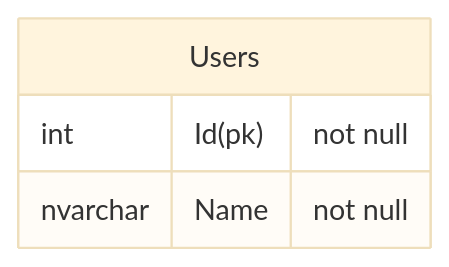
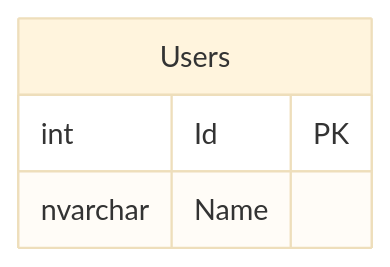
The diagram in src/SqlServerToMermaidTool.Tests/IntegrationTests.ConnectionString_ToMermaid.verified.mmd (SimonCropp/DbToMermaid), drawn with Mermaid (base theme) before and after one commit. The commit also changed 12 other files, not shown here.

```diff
--- a/src/SqlServerToMermaidTool.Tests/IntegrationTests.ConnectionString_ToMermaid.verified.mmd
+++ b/src/SqlServerToMermaidTool.Tests/IntegrationTests.ConnectionString_ToMermaid.verified.mmd
@@ -1,5 +1,5 @@
 erDiagram
   Users {
-    int Id(pk) "not null"
-    nvarchar Name "not null"
+    int Id PK
+    nvarchar Name
   }
```
